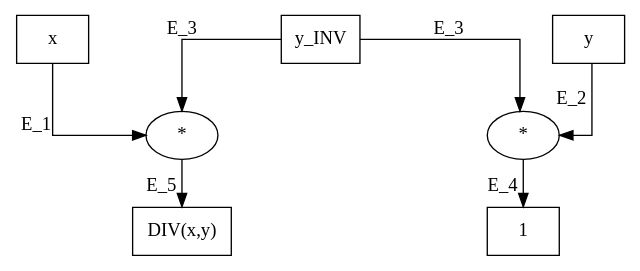
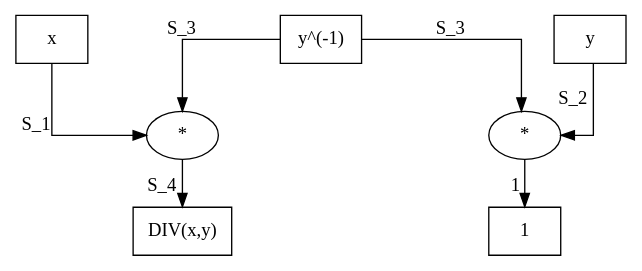
One commit to LeastAuthority/moonmath-manual changed the diagram in BTDIV.dot. Above: the diagram before and after it, drawn with Graphviz. The commit also changed 56 other files, not shown here.

```diff
--- a/BTDIV.dot
+++ b/BTDIV.dot
@@ -1,25 +1,25 @@
 digraph BTDIV {
 	graph [center=true,
 		forcelabels=true,
 		nodesep=2.0,
 		splines=ortho
 	];
 	n1	[label=x,
 		shape=box];
 	n6	[label="*"];
-	n1 -> n6	[xlabel="E_1 "];
+	n1 -> n6	[xlabel="S_1 "];
 	n7	[label="DIV(x,y)",
 		shape=box];
-	n6 -> n7	[xlabel="E_5 "];
+	n6 -> n7	[xlabel="S_4 "];
 	n2	[label=y,
 		shape=box];
 	n4	[label="*"];
-	n2 -> n4	[xlabel="E_2 "];
+	n2 -> n4	[xlabel="S_2 "];
 	n5	[label=1,
 		shape=box];
-	n4 -> n5	[xlabel="E_4 "];
-	n3	[label=y_INV,
+	n4 -> n5	[xlabel="1 "];
+	n3	[label="y^(-1)",
 		shape=box];
-	n3 -> n6	[xlabel="E_3 "];
-	n3 -> n4	[xlabel="E_3 "];
+	n3 -> n6	[xlabel="S_3 "];
+	n3 -> n4	[xlabel="S_3 "];
 }
```
